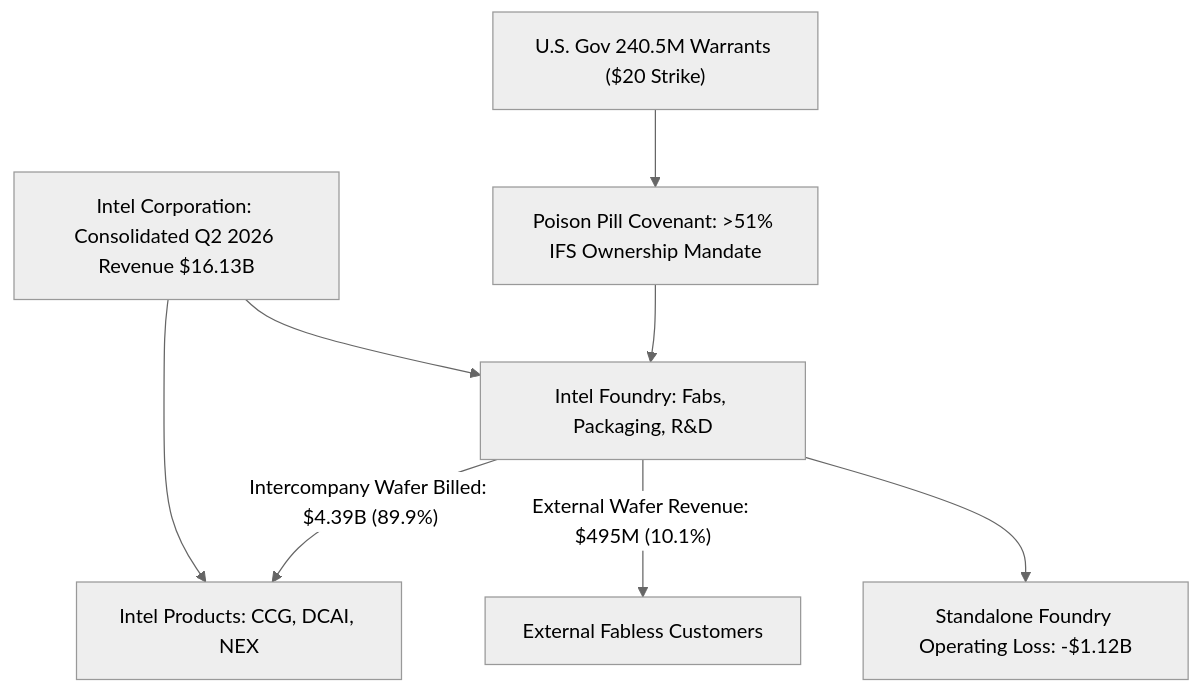
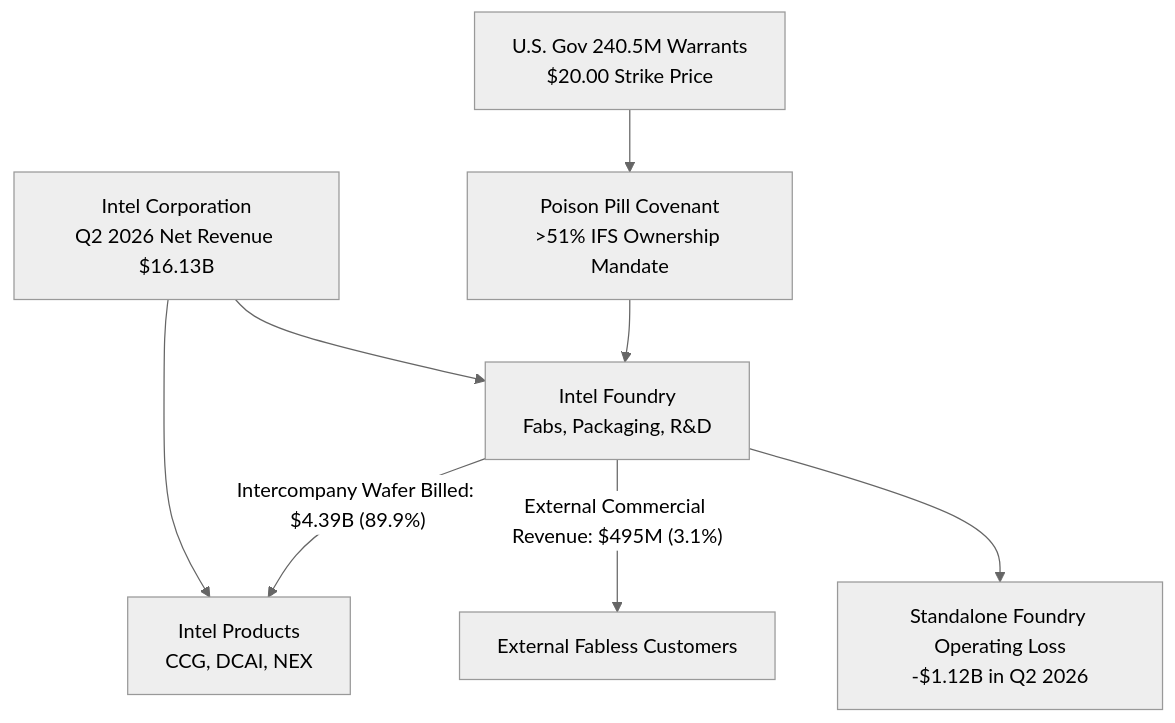
One commit to Unheat/memeTrading changed the first of 3 diagrams in web/src/content/articles/intc-intc-2026-09-28-001.md. Above: the diagram before and after it, drawn with Mermaid (neutral theme). The commit also changed other lines of this file and 5 other files, not shown here.

First line of the commit message:
fix(frontend,media): resolve black-on-black code blocks and Mermaid text clipping

````diff
--- a/web/src/content/articles/intc-intc-2026-09-28-001.md
+++ b/web/src/content/articles/intc-intc-2026-09-28-001.md
@@ -91,10 +165,10 @@
 ```mermaid
 flowchart TD
-    Consolidated["Intel Corporation: Consolidated Q2 2026 Revenue $16.13B"] --> Products["Intel Products: CCG, DCAI, NEX"]
-    Consolidated --> Foundry["Intel Foundry: Fabs, Packaging, R&D"]
+    Consolidated["Intel Corporation<br/>Q2 2026 Net Revenue $16.13B"] --> Products["Intel Products<br/>CCG, DCAI, NEX"]
+    Consolidated --> Foundry["Intel Foundry<br/>Fabs, Packaging, R&D"]
     Foundry -- "Intercompany Wafer Billed: $4.39B (89.9%)" --> Products
-    Foundry -- "External Wafer Revenue: $495M (10.1%)" --> ThirdParty["External Fabless Customers"]
-    Foundry --> Losses["Standalone Foundry Operating Loss: -$1.12B"]
-    GovWarrants["U.S. Gov 240.5M Warrants ($20 Strike)"] --> PoisonPill["Poison Pill Covenant: >51% IFS Ownership Mandate"]
+    Foundry -- "External Commercial Revenue: $495M (3.1%)" --> ThirdParty["External Fabless Customers"]
+    Foundry --> Losses["Standalone Foundry Operating Loss<br/>-$1.12B in Q2 2026"]
+    GovWarrants["U.S. Gov 240.5M Warrants<br/>$20.00 Strike Price"] --> PoisonPill["Poison Pill Covenant<br/>>51% IFS Ownership Mandate"]
     PoisonPill --> Foundry
 ```
````
